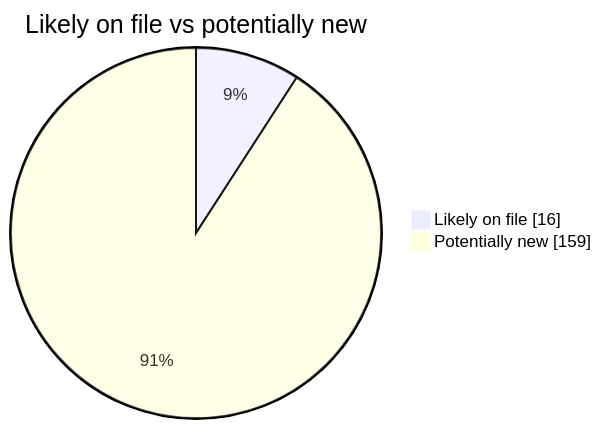
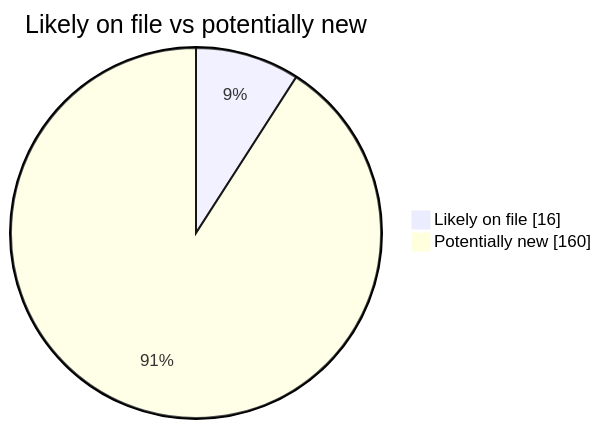
Before and after one commit to martinbalfanz/social-scanner-reports: the second of 4 diagrams in README.md, drawn with Mermaid. The commit also changed other lines of this file and 2 other files, not shown here.

````diff
--- a/README.md
+++ b/README.md
@@ -40,5 +40,5 @@
 ```mermaid
 pie showData title Likely on file vs potentially new
     "Likely on file" : 16
-    "Potentially new" : 159
+    "Potentially new" : 160
 ```
````
